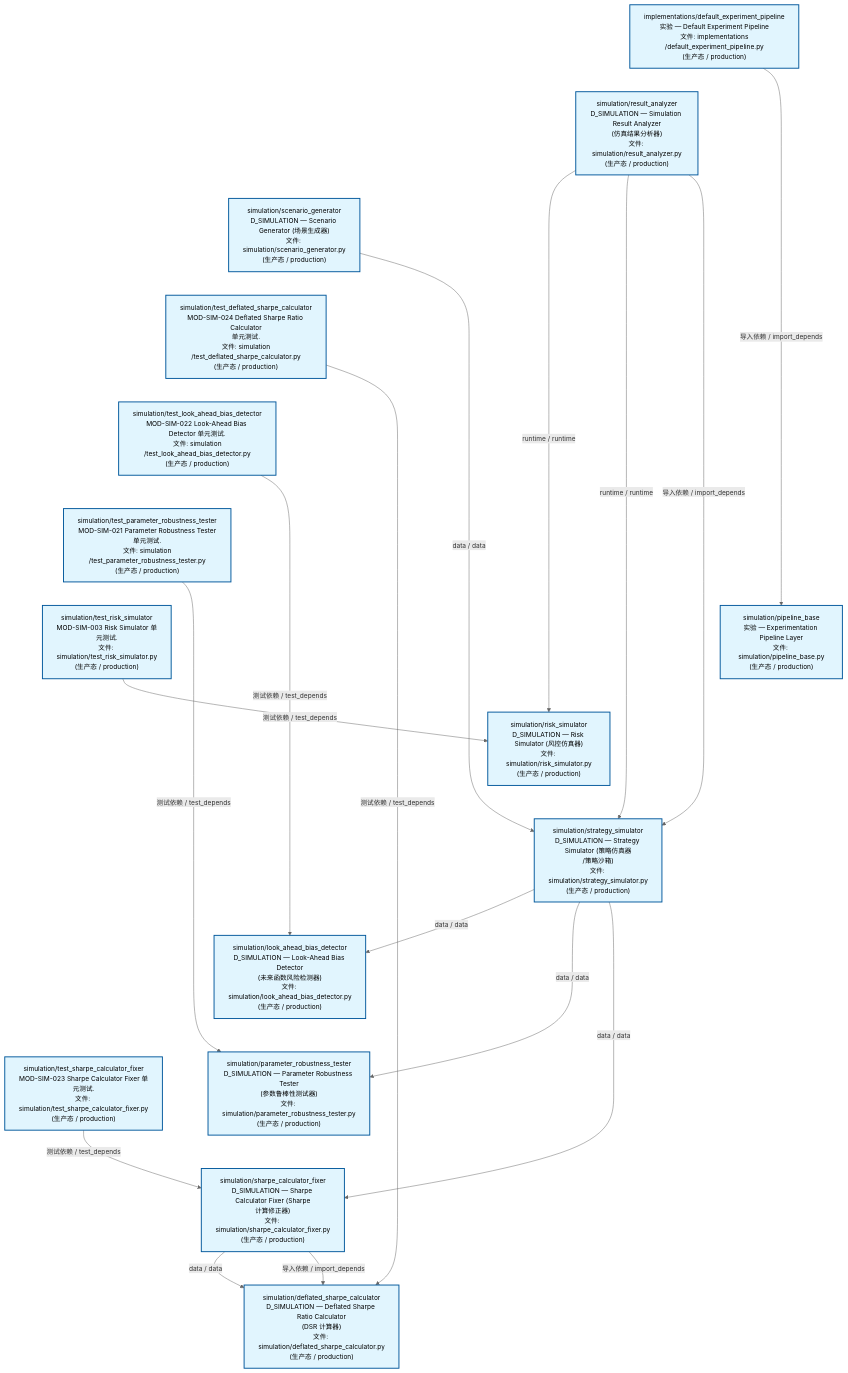
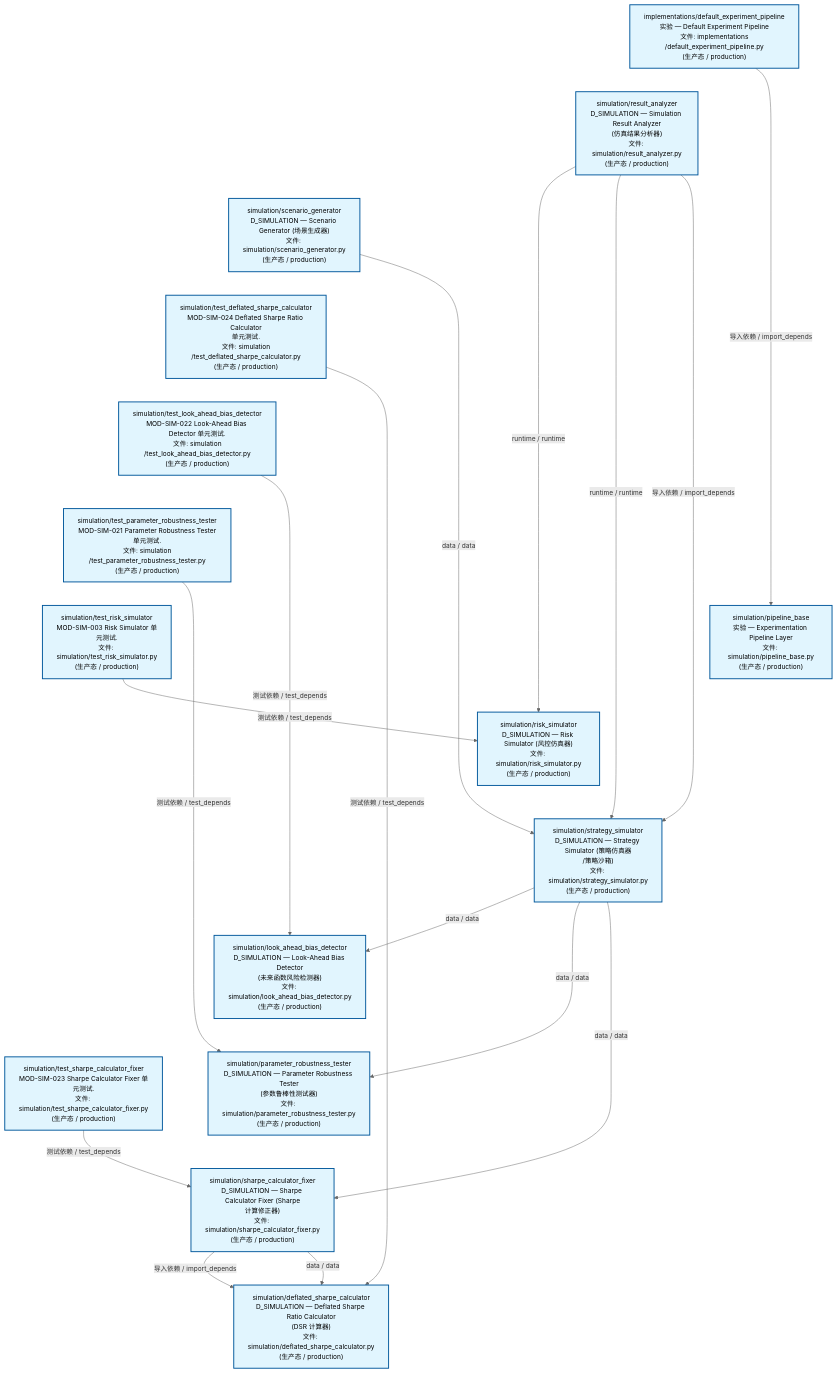
Before and after one commit to xuanFelixVan/ZephyrAlpha: the second of 3 diagrams in docs/02_enterprise_architecture/02_domain_architecture_docs/70_d_simulation.md, drawn with Mermaid. The commit also changed other lines of this file and 48 other files, not shown here.

````diff
--- a/docs/02_enterprise_architecture/02_domain_architecture_docs/70_d_simulation.md
+++ b/docs/02_enterprise_architecture/02_domain_architecture_docs/70_d_simulation.md
@@ -123,50 +123,50 @@
 ```mermaid
 %%{init: {'theme': 'base', 'themeVariables': {'primaryColor': '#eaeaea', 'primaryTextColor': '#333333', 'primaryBorderColor': '#666666', 'lineColor': '#666666', 'secondaryColor': '#eaeaea', 'tertiaryColor': '#eaeaea', 'fontSize': '14px'}}}%%
 flowchart TD
     src_zephyr_simulation_implementations_default_experiment_pipeline_py["implementations/default_experiment_pipeline<br/>实验 — Default Experiment Pipeline<br/>文件: implementations<br/>/default_experiment_pipeline.py<br/>(生产态 / production)"]
     src_zephyr_simulation_result_analyzer_py["simulation/result_analyzer<br/>D_SIMULATION — Simulation Result Analyzer<br/>(仿真结果分析器)<br/>文件: simulation/result_analyzer.py<br/>(生产态 / production)"]
     src_zephyr_simulation_scenario_generator_py["simulation/scenario_generator<br/>D_SIMULATION — Scenario Generator (场景生成器)<br/>文件: simulation/scenario_generator.py<br/>(生产态 / production)"]
     tests_simulation_test_deflated_sharpe_calculator_py["simulation/test_deflated_sharpe_calculator<br/>MOD-SIM-024 Deflated Sharpe Ratio Calculator<br/>单元测试.<br/>文件: simulation<br/>/test_deflated_sharpe_calculator.py<br/>(生产态 / production)"]
     tests_simulation_test_look_ahead_bias_detector_py["simulation/test_look_ahead_bias_detector<br/>MOD-SIM-022 Look-Ahead Bias Detector 单元测试.<br/>文件: simulation<br/>/test_look_ahead_bias_detector.py<br/>(生产态 / production)"]
     tests_simulation_test_parameter_robustness_tester_py["simulation/test_parameter_robustness_tester<br/>MOD-SIM-021 Parameter Robustness Tester<br/>单元测试.<br/>文件: simulation<br/>/test_parameter_robustness_tester.py<br/>(生产态 / production)"]
     tests_simulation_test_risk_simulator_py["simulation/test_risk_simulator<br/>MOD-SIM-003 Risk Simulator 单元测试.<br/>文件: simulation/test_risk_simulator.py<br/>(生产态 / production)"]
     tests_simulation_test_sharpe_calculator_fixer_py["simulation/test_sharpe_calculator_fixer<br/>MOD-SIM-023 Sharpe Calculator Fixer 单元测试.<br/>文件: simulation/test_sharpe_calculator_fixer.py<br/>(生产态 / production)"]
     src_zephyr_simulation_implementations_default_experiment_pipeline_py ~~~ src_zephyr_simulation_result_analyzer_py
     src_zephyr_simulation_result_analyzer_py ~~~ src_zephyr_simulation_scenario_generator_py
     src_zephyr_simulation_scenario_generator_py ~~~ tests_simulation_test_deflated_sharpe_calculator_py
     tests_simulation_test_deflated_sharpe_calculator_py ~~~ tests_simulation_test_look_ahead_bias_detector_py
     tests_simulation_test_look_ahead_bias_detector_py ~~~ tests_simulation_test_parameter_robustness_tester_py
     tests_simulation_test_parameter_robustness_tester_py ~~~ tests_simulation_test_risk_simulator_py
     tests_simulation_test_risk_simulator_py ~~~ tests_simulation_test_sharpe_calculator_fixer_py
     src_zephyr_simulation_pipeline_base_py["simulation/pipeline_base<br/>实验 — Experimentation Pipeline Layer<br/>文件: simulation/pipeline_base.py<br/>(生产态 / production)"]
     src_zephyr_simulation_risk_simulator_py["simulation/risk_simulator<br/>D_SIMULATION — Risk Simulator (风控仿真器)<br/>文件: simulation/risk_simulator.py<br/>(生产态 / production)"]
     src_zephyr_simulation_strategy_simulator_py["simulation/strategy_simulator<br/>D_SIMULATION — Strategy Simulator (策略仿真器<br/>/策略沙箱)<br/>文件: simulation/strategy_simulator.py<br/>(生产态 / production)"]
     src_zephyr_simulation_pipeline_base_py ~~~ src_zephyr_simulation_risk_simulator_py
     src_zephyr_simulation_risk_simulator_py ~~~ src_zephyr_simulation_strategy_simulator_py
     src_zephyr_simulation_look_ahead_bias_detector_py["simulation/look_ahead_bias_detector<br/>D_SIMULATION — Look-Ahead Bias Detector<br/>(未来函数风险检测器)<br/>文件: simulation/look_ahead_bias_detector.py<br/>(生产态 / production)"]
     src_zephyr_simulation_parameter_robustness_tester_py["simulation/parameter_robustness_tester<br/>D_SIMULATION — Parameter Robustness Tester<br/>(参数鲁棒性测试器)<br/>文件: simulation/parameter_robustness_tester.py<br/>(生产态 / production)"]
     src_zephyr_simulation_sharpe_calculator_fixer_py["simulation/sharpe_calculator_fixer<br/>D_SIMULATION — Sharpe Calculator Fixer (Sharpe<br/>计算修正器)<br/>文件: simulation/sharpe_calculator_fixer.py<br/>(生产态 / production)"]
     src_zephyr_simulation_look_ahead_bias_detector_py ~~~ src_zephyr_simulation_parameter_robustness_tester_py
     src_zephyr_simulation_parameter_robustness_tester_py ~~~ src_zephyr_simulation_sharpe_calculator_fixer_py
     src_zephyr_simulation_deflated_sharpe_calculator_py["simulation/deflated_sharpe_calculator<br/>D_SIMULATION — Deflated Sharpe Ratio Calculator<br/>(DSR 计算器)<br/>文件: simulation/deflated_sharpe_calculator.py<br/>(生产态 / production)"]
     src_zephyr_simulation_scenario_generator_py -->|data / data| src_zephyr_simulation_strategy_simulator_py
+    src_zephyr_simulation_result_analyzer_py -->|runtime / runtime| src_zephyr_simulation_risk_simulator_py
+    src_zephyr_simulation_result_analyzer_py -->|runtime / runtime| src_zephyr_simulation_strategy_simulator_py
+    src_zephyr_simulation_result_analyzer_py -->|导入依赖 / import_depends| src_zephyr_simulation_strategy_simulator_py
+    src_zephyr_simulation_sharpe_calculator_fixer_py -->|导入依赖 / import_depends| src_zephyr_simulation_deflated_sharpe_calculator_py
     src_zephyr_simulation_sharpe_calculator_fixer_py -->|data / data| src_zephyr_simulation_deflated_sharpe_calculator_py
-    src_zephyr_simulation_sharpe_calculator_fixer_py -->|导入依赖 / import_depends| src_zephyr_simulation_deflated_sharpe_calculator_py
     src_zephyr_simulation_strategy_simulator_py -->|data / data| src_zephyr_simulation_look_ahead_bias_detector_py
     src_zephyr_simulation_strategy_simulator_py -->|data / data| src_zephyr_simulation_parameter_robustness_tester_py
     src_zephyr_simulation_strategy_simulator_py -->|data / data| src_zephyr_simulation_sharpe_calculator_fixer_py
-    src_zephyr_simulation_result_analyzer_py -->|runtime / runtime| src_zephyr_simulation_risk_simulator_py
-    src_zephyr_simulation_result_analyzer_py -->|runtime / runtime| src_zephyr_simulation_strategy_simulator_py
-    src_zephyr_simulation_result_analyzer_py -->|导入依赖 / import_depends| src_zephyr_simulation_strategy_simulator_py
     src_zephyr_simulation_implementations_default_experiment_pipeline_py -->|导入依赖 / import_depends| src_zephyr_simulation_pipeline_base_py
     tests_simulation_test_deflated_sharpe_calculator_py -->|测试依赖 / test_depends| src_zephyr_simulation_deflated_sharpe_calculator_py
+    tests_simulation_test_look_ahead_bias_detector_py -->|测试依赖 / test_depends| src_zephyr_simulation_look_ahead_bias_detector_py
+    tests_simulation_test_parameter_robustness_tester_py -->|测试依赖 / test_depends| src_zephyr_simulation_parameter_robustness_tester_py
+    tests_simulation_test_risk_simulator_py -->|测试依赖 / test_depends| src_zephyr_simulation_risk_simulator_py
     tests_simulation_test_sharpe_calculator_fixer_py -->|测试依赖 / test_depends| src_zephyr_simulation_sharpe_calculator_fixer_py
-    tests_simulation_test_look_ahead_bias_detector_py -->|测试依赖 / test_depends| src_zephyr_simulation_look_ahead_bias_detector_py
-    tests_simulation_test_risk_simulator_py -->|测试依赖 / test_depends| src_zephyr_simulation_risk_simulator_py
-    tests_simulation_test_parameter_robustness_tester_py -->|测试依赖 / test_depends| src_zephyr_simulation_parameter_robustness_tester_py
     classDef production fill:#e1f5fe,stroke:#01579b,stroke-width:2px,color:#000
     classDef design fill:#fff3e0,stroke:#e65100,stroke-width:2px,color:#000,stroke-dasharray: 5 5
     classDef external_prod fill:#e8f4fd,stroke:#0277bd,stroke-width:1px,color:#000
     classDef external_design fill:#fff8e7,stroke:#ef6c00,stroke-width:1px,color:#000,stroke-dasharray: 5 5
     class src_zephyr_simulation_deflated_sharpe_calculator_py,src_zephyr_simulation_implementations_default_experiment_pipeline_py,src_zephyr_simulation_look_ahead_bias_detector_py,src_zephyr_simulation_parameter_robustness_tester_py,src_zephyr_simulation_pipeline_base_py,src_zephyr_simulation_result_analyzer_py,src_zephyr_simulation_risk_simulator_py,src_zephyr_simulation_scenario_generator_py,src_zephyr_simulation_sharpe_calculator_fixer_py,src_zephyr_simulation_strategy_simulator_py,tests_simulation_test_deflated_sharpe_calculator_py,tests_simulation_test_look_ahead_bias_detector_py,tests_simulation_test_parameter_robustness_tester_py,tests_simulation_test_risk_simulator_py,tests_simulation_test_sharpe_calculator_fixer_py production
 ```
````
